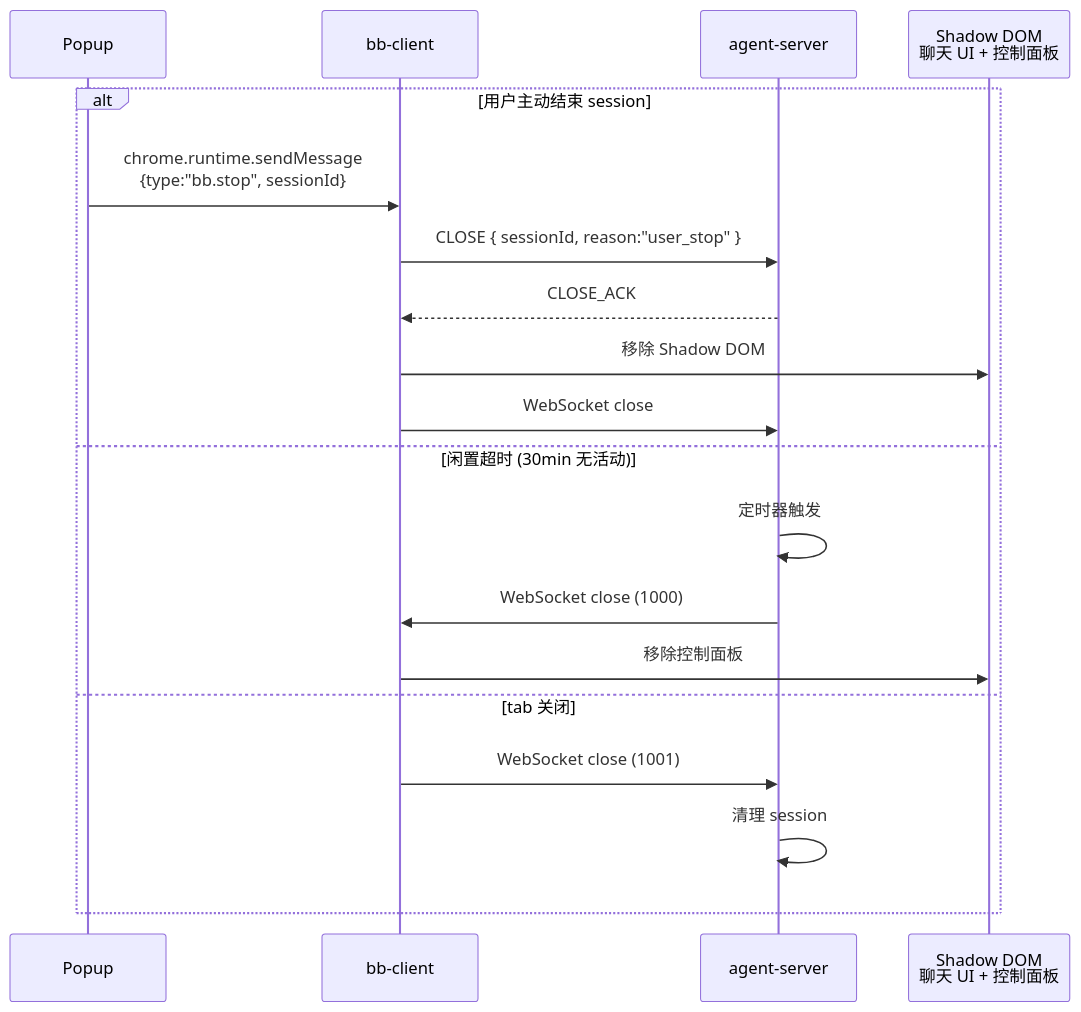
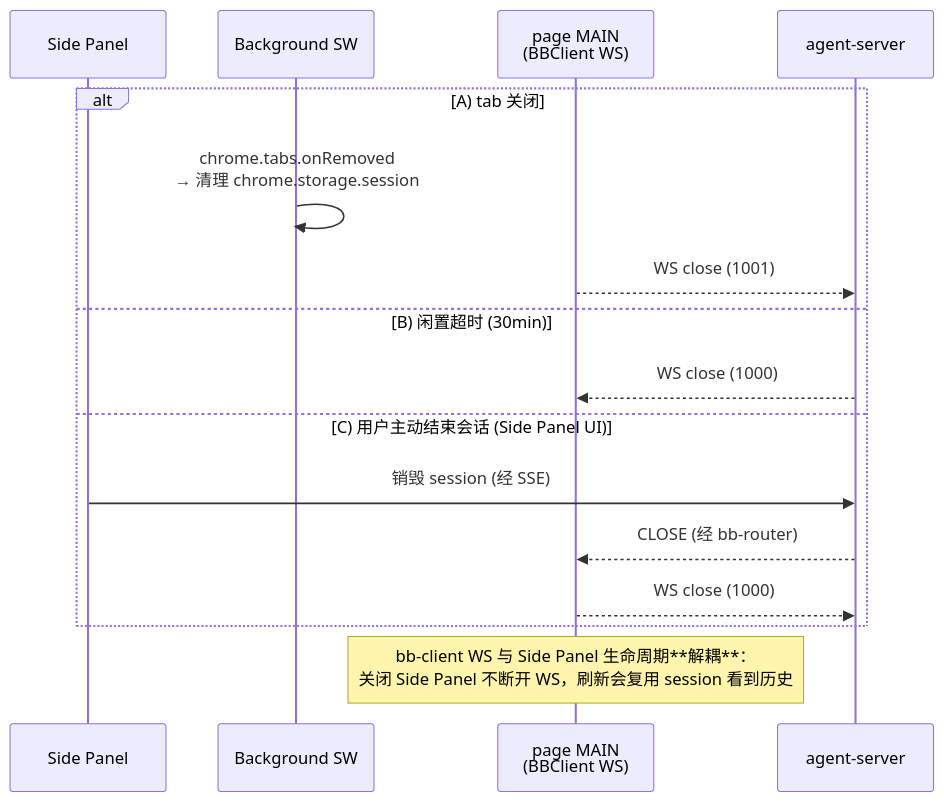
Before and after one commit to zhaoxin34/matrix: the third of 4 diagrams in neo/design/docs/technical/agent-steer/browser-bridge.md, drawn with Mermaid. The commit also changed other lines of this file and 3 other files, not shown here.

````diff
--- a/neo/design/docs/technical/agent-steer/browser-bridge.md
+++ b/neo/design/docs/technical/agent-steer/browser-bridge.md
@@ -205,22 +176,20 @@
 ```mermaid
 sequenceDiagram
-    participant Popup as Popup
-    participant CS as bb-client
+    participant SP as Side Panel
+    participant SW as Background SW
+    participant Page as page MAIN<br/>(BBClient WS)
     participant SRV as agent-server
-    participant SD as Shadow DOM<br/>聊天 UI + 控制面板
 
-    alt 用户主动结束 session
-        Popup->>CS: chrome.runtime.sendMessage<br/>{type:"bb.stop", sessionId}
-        CS->>SRV: CLOSE { sessionId, reason:"user_stop" }
-        SRV-->>CS: CLOSE_ACK
-        CS->>SD: 移除 Shadow DOM
-        CS->>SRV: WebSocket close
-    else 闲置超时 (30min 无活动)
-        SRV->>SRV: 定时器触发
-        SRV->>CS: WebSocket close (1000)
-        CS->>SD: 移除控制面板
-    else tab 关闭
-        CS->>SRV: WebSocket close (1001)
-        SRV->>SRV: 清理 session
+    alt A) tab 关闭
+        SW->>SW: chrome.tabs.onRemoved<br/>→ 清理 chrome.storage.session
+        Page-->>SRV: WS close (1001)
+    else B) 闲置超时 (30min)
+        SRV-->>Page: WS close (1000)
+    else C) 用户主动结束会话 (Side Panel UI)
+        SP->>SRV: 销毁 session (经 SSE)
+        SRV-->>Page: CLOSE (经 bb-router)
+        Page-->>SRV: WS close (1000)
     end
+
+    Note over Page: bb-client WS 与 Side Panel 生命周期**解耦**：<br/>关闭 Side Panel 不断开 WS，刷新会复用 session 看到历史
 ```
````
